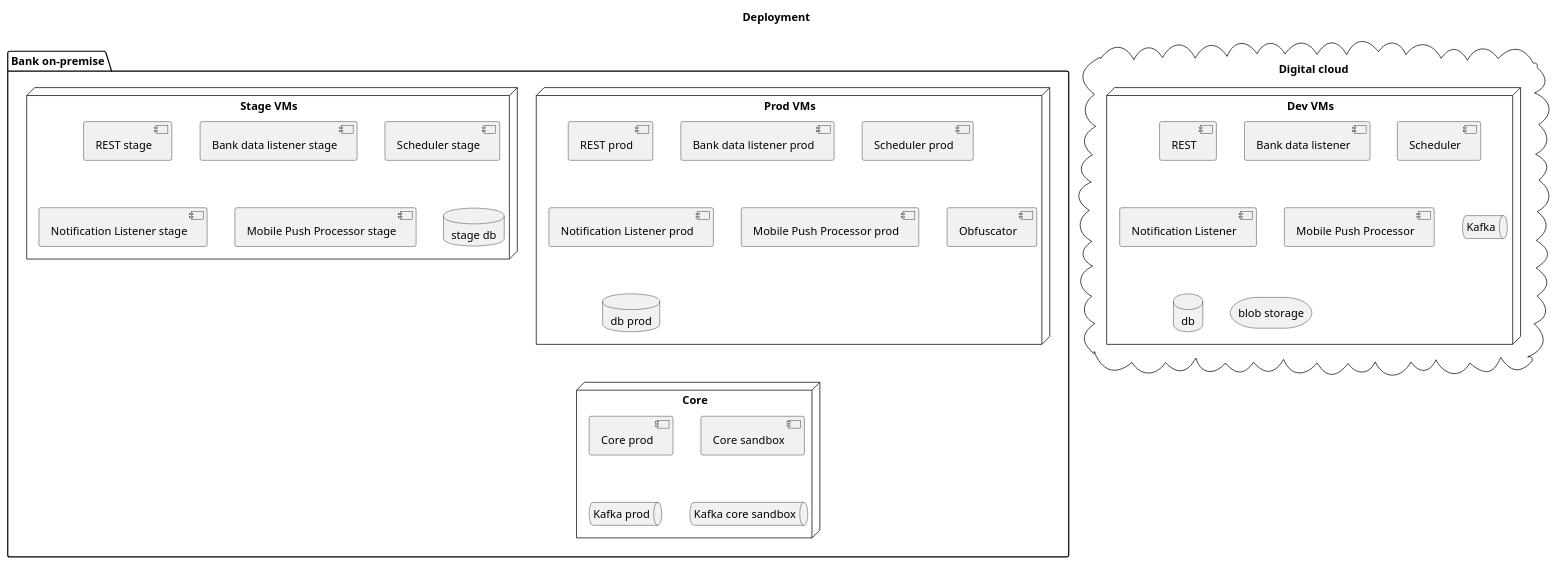
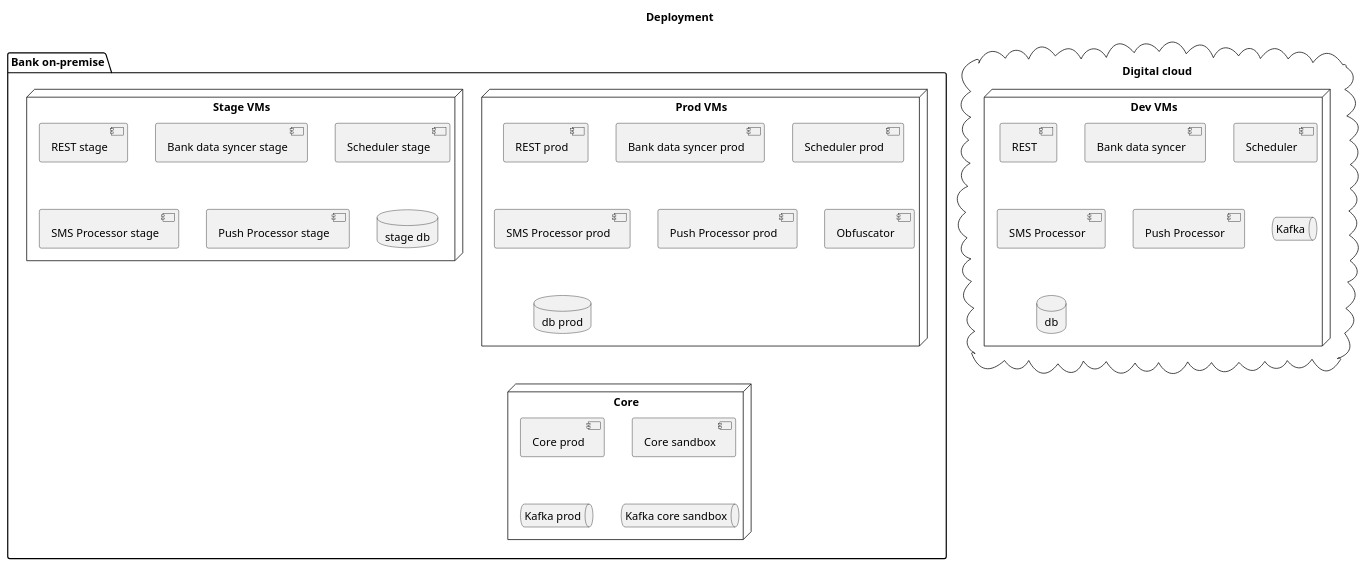
The diagram in src/deployment2.puml (94n/uml), drawn with PlantUML before and after one commit. The commit also changed 3 other files, not shown here.

Commit message:
Portmone availability sequence

```diff
--- a/src/deployment2.puml
+++ b/src/deployment2.puml
@@ -1,44 +1,43 @@
 @startuml
 'https://plantuml.com/deployment-diagram
 title Deployment
 
 folder "Bank on-premise" {
     node "Prod VMs" {
             [REST prod]
-            [Bank data listener prod]
+            [Bank data syncer prod]
             [Scheduler prod]
-            [Notification Listener prod]
-            [Mobile Push Processor prod]
+            [SMS Processor prod]
+            [Push Processor prod]
             [Obfuscator]
             database "db prod"
     }
     node "Stage VMs" {
                 [REST stage]
-                [Bank data listener stage]
+                [Bank data syncer stage]
                 [Scheduler stage]
-                [Notification Listener stage]
-                [Mobile Push Processor stage]
+                [SMS Processor stage]
+                [Push Processor stage]
                 database "stage db"
         }
         node "Core" {
                         [Core prod]
                    [Core sandbox]
              queue "Kafka prod"
              queue "Kafka core sandbox"
         }
 }
 
 cloud "Digital cloud" {
     node "Dev VMs" {
         [REST]
-        [Bank data listener]
+        [Bank data syncer]
         [Scheduler]
-        [Notification Listener]
-        [Mobile Push Processor]
+        [SMS Processor]
+        [Push Processor]
         queue Kafka
         database db
-        storage "blob storage"
     }
 }
 
 @enduml
```
